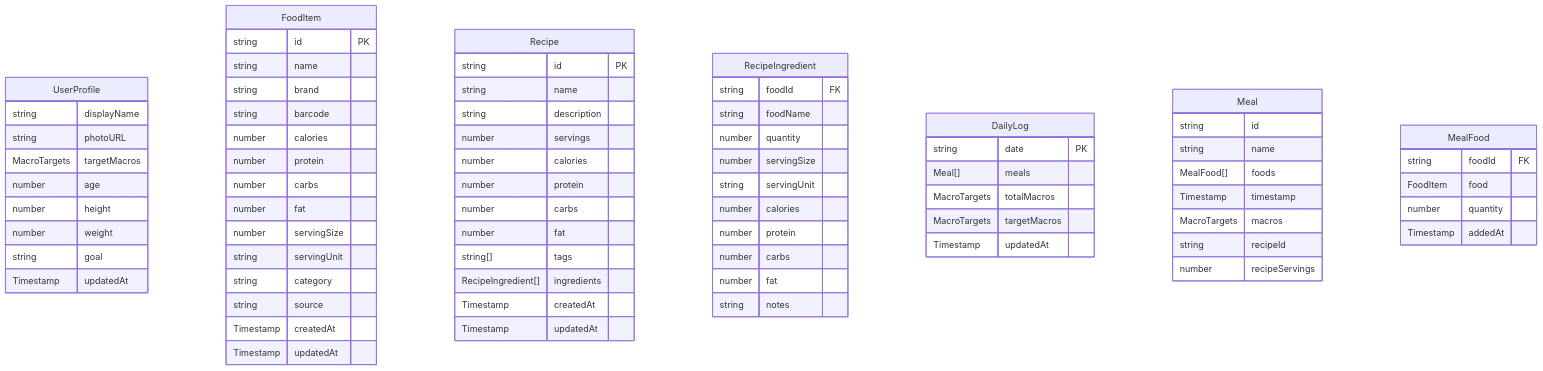
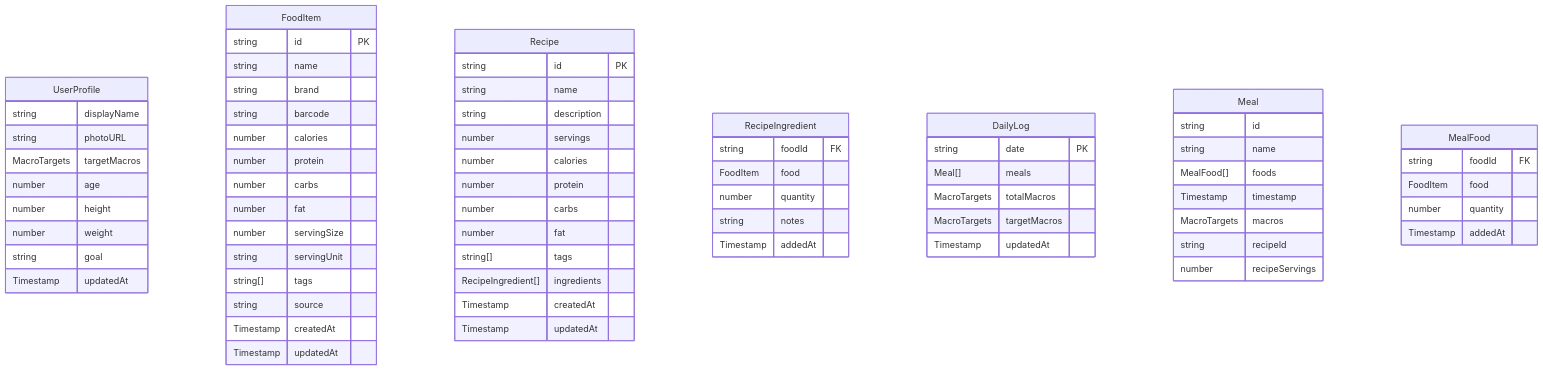
Before and after one commit to TimothyYao/meal-planning: the second of 26 diagrams in doc/recipes-design.md, drawn with Mermaid. The commit also changed other lines of this file and 1 other file, not shown here.

First line of the commit message:
Simplify data models: use tags-only and align RecipeIngredient with MealFood

```diff
--- a/doc/recipes-design.md
+++ b/doc/recipes-design.md
@@ -69,7 +69,7 @@
         number fat
         number servingSize
         string servingUnit
-        string category
+        string[] tags
         string source
         Timestamp createdAt
         Timestamp updatedAt
@@ -92,15 +92,10 @@
     
     RecipeIngredient {
         string foodId FK
-        string foodName
+        FoodItem food
         number quantity
-        number servingSize
-        string servingUnit
-        number calories
-        number protein
-        number carbs
-        number fat
         string notes
+        Timestamp addedAt
     }
     
     DailyLog {
```
